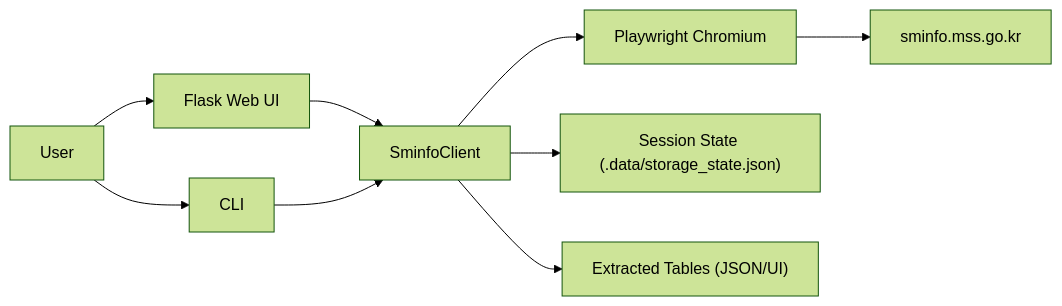
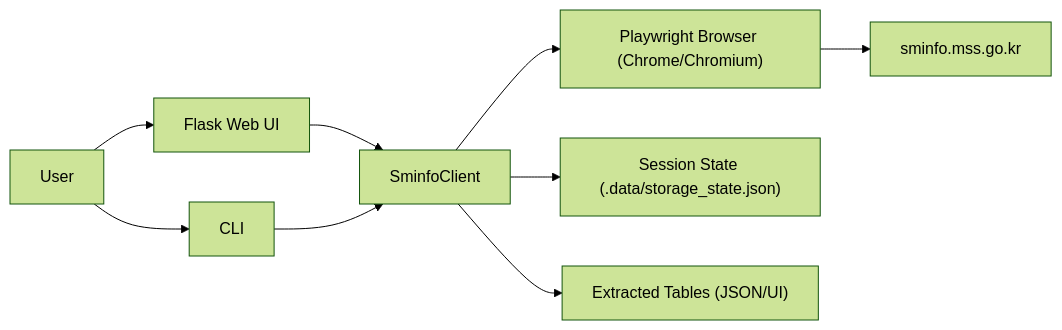
Before and after one commit to powermug/korean-sme-status-lookup: the diagram in README.md, drawn with Mermaid (forest theme). The commit also changed other lines of this file and 4 other files, not shown here.

Commit message:
Use Chrome as default browser with Chromium fallback

````diff
--- a/README.md
+++ b/README.md
@@ -19,11 +19,11 @@
 ```mermaid
 flowchart LR
   U["User"] --> W["Flask Web UI"]
   U --> C["CLI"]
   W --> CORE["SminfoClient"]
   C --> CORE
-  CORE --> PW["Playwright Chromium"]
+  CORE --> PW["Playwright Browser (Chrome/Chromium)"]
   PW --> SM["sminfo.mss.go.kr"]
   CORE --> ST["Session State (.data/storage_state.json)"]
   CORE --> OUT["Extracted Tables (JSON/UI)"]
 ```
````
